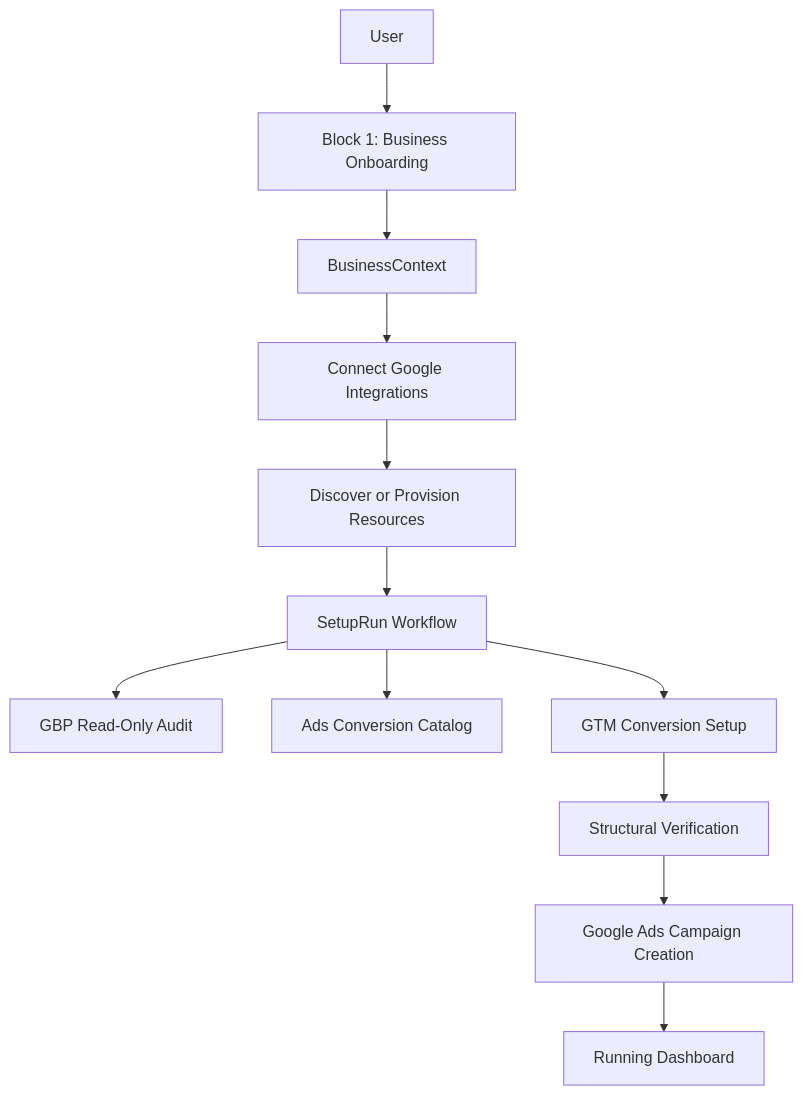
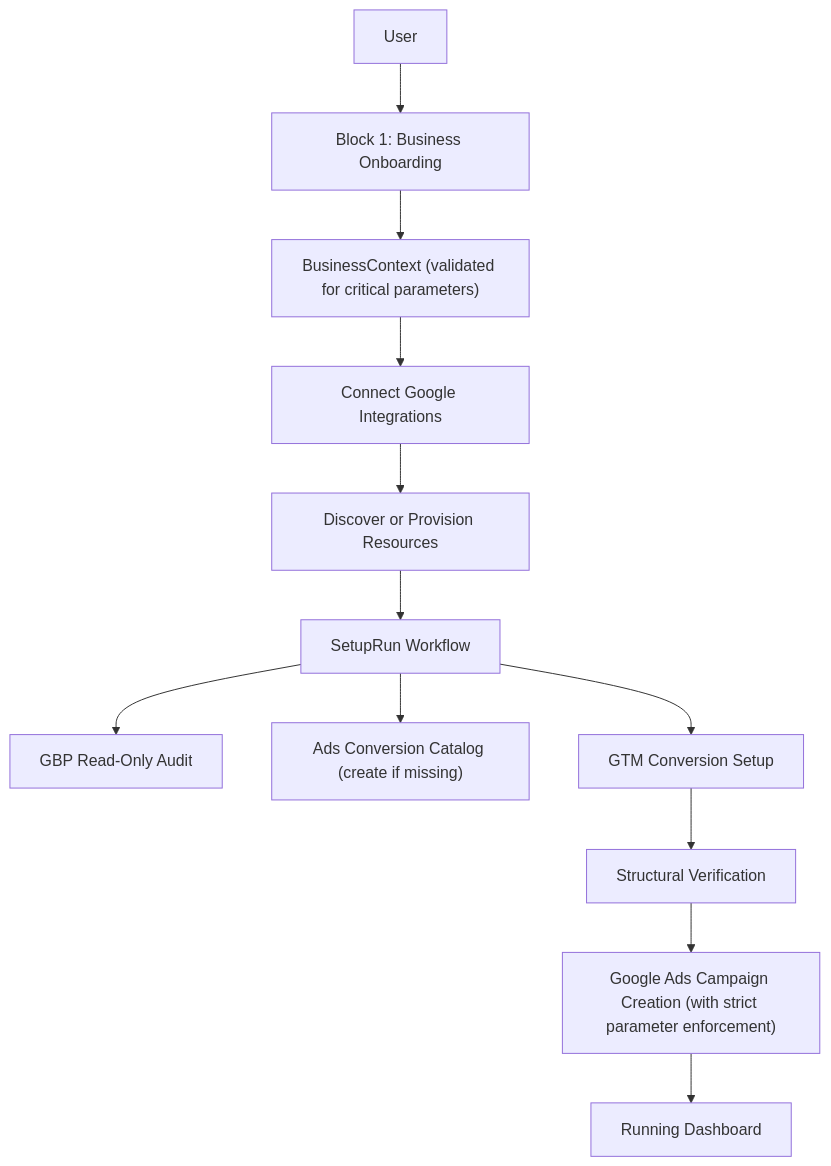
The diagram in mvp_implementation_plan.md (zuggernaut-app/zuggernaut_mvp), drawn with Mermaid before and after one commit. The commit also changed other lines of this file and 116 other files, not shown here.

````diff
--- a/mvp_implementation_plan.md
+++ b/mvp_implementation_plan.md
@@ -91,14 +95,14 @@
 ```mermaid
 flowchart TD
   user["User"] --> onboarding["Block 1: Business Onboarding"]
-  onboarding --> businessContext["BusinessContext"]
+  onboarding --> businessContext["BusinessContext (validated for critical parameters)"]
   businessContext --> connect["Connect Google Integrations"]
   connect --> discover["Discover or Provision Resources"]
   discover --> setupRun["SetupRun Workflow"]
   setupRun --> gbpAudit["GBP Read-Only Audit"]
-  setupRun --> adsCatalog["Ads Conversion Catalog"]
+  setupRun --> adsCatalog["Ads Conversion Catalog (create if missing)"]
   setupRun --> gtmSetup["GTM Conversion Setup"]
   gtmSetup --> verification["Structural Verification"]
-  verification --> adsCreate["Google Ads Campaign Creation"]
+  verification --> adsCreate["Google Ads Campaign Creation (with strict parameter enforcement)"]
   adsCreate --> running["Running Dashboard"]
 ```
````
